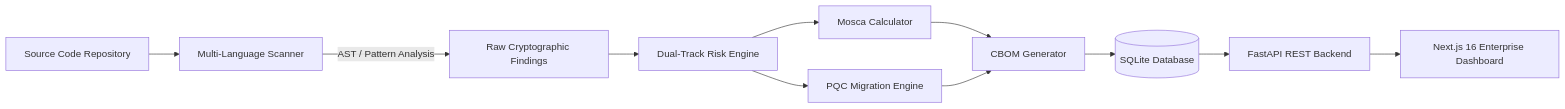
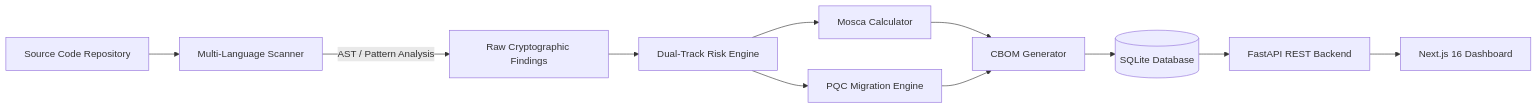
One commit to Akkun77/ECDAT changed the first of 2 diagrams in DEMO_GUIDE.md. Above: the diagram before and after it, drawn with Mermaid. The commit also changed other lines of this file and 1 other file, not shown here.

````diff
--- a/DEMO_GUIDE.md
+++ b/DEMO_GUIDE.md
@@ -38,12 +39,12 @@
 ```mermaid
 flowchart LR
     A[Source Code Repository] --> B[Multi-Language Scanner]
     B -->|AST / Pattern Analysis| C[Raw Cryptographic Findings]
     C --> D[Dual-Track Risk Engine]
     D --> E[Mosca Calculator]
     D --> F[PQC Migration Engine]
     E & F --> G[CBOM Generator]
     G --> H[(SQLite Database)]
     H --> I[FastAPI REST Backend]
-    I --> J[Next.js 16 Enterprise Dashboard]
+    I --> J[Next.js 16 Dashboard]
 ```
````
